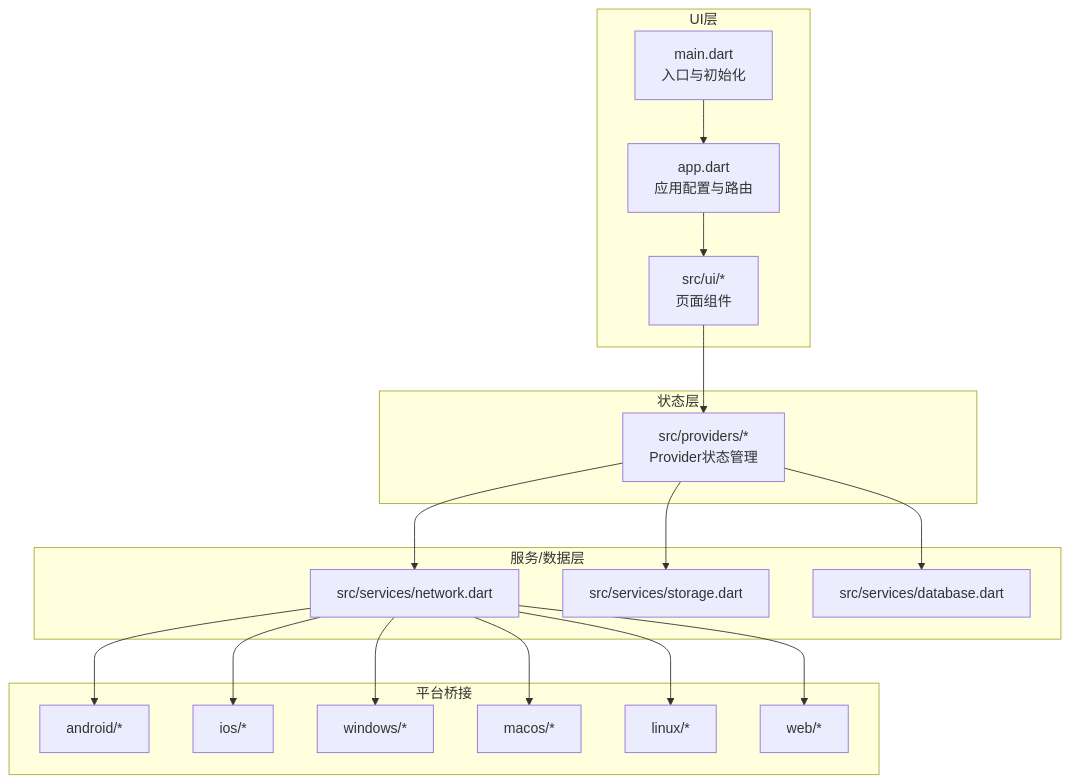
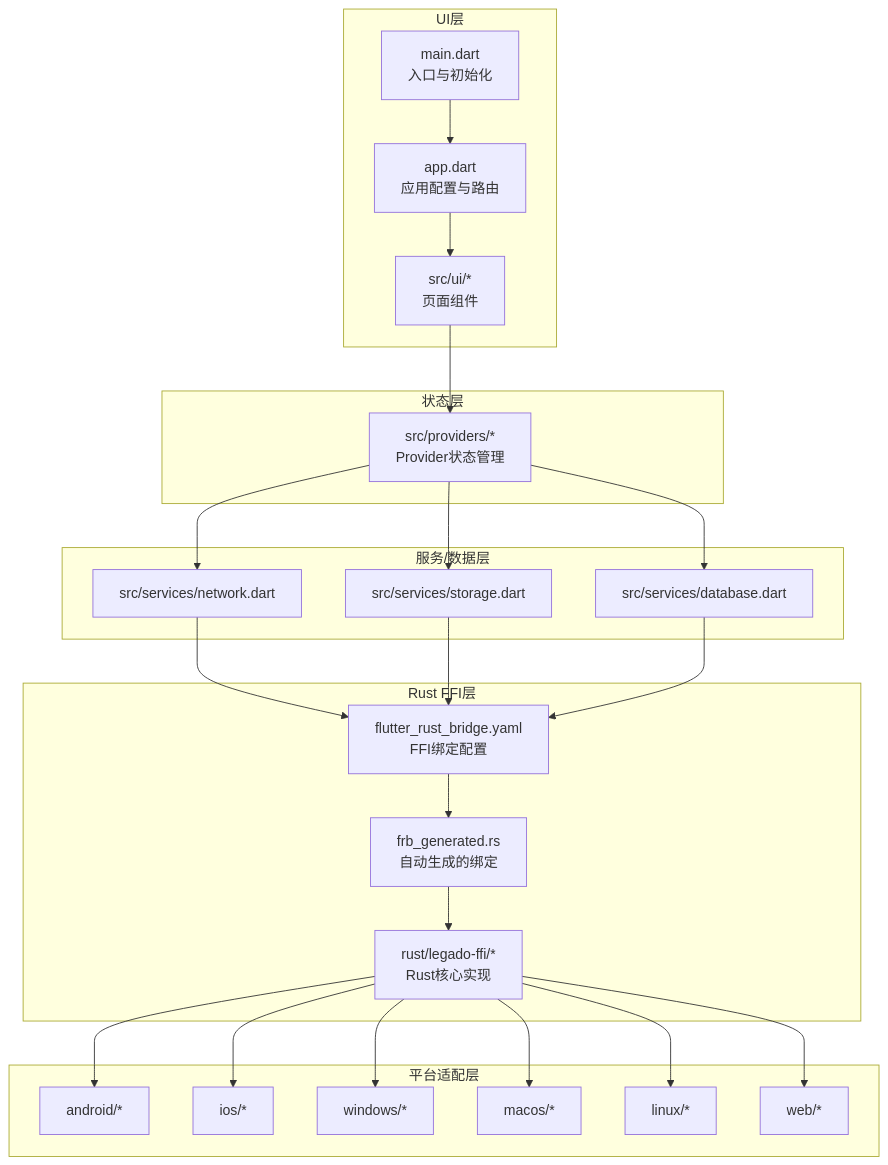
The second of 10 diagrams in .qoder/repowiki/zh/content/开发指南/项目结构/Flutter项目结构.md (ZhangGHGitHub/LegadoTeamFlutter), drawn with Mermaid before and after one commit. The commit also changed other lines of this file and 173 other files, not shown here.

````diff
--- a/.qoder/repowiki/zh/content/开发指南/项目结构/Flutter项目结构.md
+++ b/.qoder/repowiki/zh/content/开发指南/项目结构/Flutter项目结构.md
@@ -112,36 +129,46 @@
 ```mermaid
 graph TB
 subgraph "UI层"
 UI_App["app.dart<br/>应用配置与路由"]
 UI_Main["main.dart<br/>入口与初始化"]
 UI_Pages["src/ui/*<br/>页面组件"]
 end
 subgraph "状态层"
 State_Provider["src/providers/*<br/>Provider状态管理"]
 end
 subgraph "服务/数据层"
 Svc_Network["src/services/network.dart"]
 Svc_Storage["src/services/storage.dart"]
 Svc_DB["src/services/database.dart"]
 end
-subgraph "平台桥接"
+subgraph "Rust FFI层"
+FFI_Bridge["flutter_rust_bridge.yaml<br/>FFI绑定配置"]
+FFI_Generated["frb_generated.rs<br/>自动生成的绑定"]
+FFI_Rust["rust/legado-ffi/*<br/>Rust核心实现"]
+end
+subgraph "平台适配层"
 Plat_A["android/*"]
 Plat_I["ios/*"]
 Plat_W["windows/*"]
 Plat_M["macos/*"]
 Plat_L["linux/*"]
 Plat_WEB["web/*"]
 end
 UI_Main --> UI_App
 UI_App --> UI_Pages
 UI_Pages --> State_Provider
 State_Provider --> Svc_Network
 State_Provider --> Svc_Storage
 State_Provider --> Svc_DB
-Svc_Network --> Plat_A
-Svc_Network --> Plat_I
-Svc_Network --> Plat_W
-Svc_Network --> Plat_M
-Svc_Network --> Plat_L
-Svc_Network --> Plat_WEB
+Svc_Network --> FFI_Bridge
+Svc_Storage --> FFI_Bridge
+Svc_DB --> FFI_Bridge
+FFI_Bridge --> FFI_Generated
+FFI_Generated --> FFI_Rust
+FFI_Rust --> Plat_A
+FFI_Rust --> Plat_I
+FFI_Rust --> Plat_W
+FFI_Rust --> Plat_M
+FFI_Rust --> Plat_L
+FFI_Rust --> Plat_WEB
 ```
````
